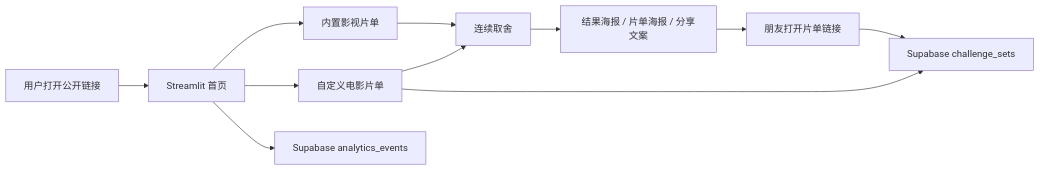
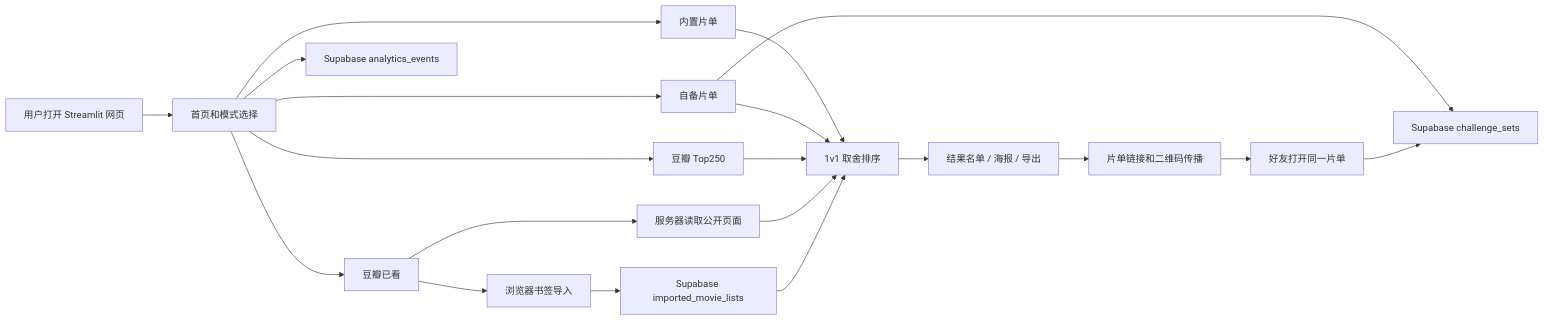
The diagram in README.md (Atirian-Chen/Sort_FilmsGame), drawn with Mermaid before and after one commit. The commit also changed other lines of this file and 2 other files, not shown here.

````diff
--- a/README.md
+++ b/README.md
@@ -68,13 +84,22 @@
 ```mermaid
 flowchart LR
-  A[用户打开公开链接] --> B[Streamlit 首页]
-  B --> C[内置影视片单]
-  B --> D[自定义电影片单]
-  C --> E[连续取舍]
-  D --> E
-  E --> F[结果海报 / 片单海报 / 分享文案]
-  F --> G[朋友打开片单链接]
-  B --> H[Supabase analytics_events]
-  D --> I[Supabase challenge_sets]
+  A["用户打开 Streamlit 网页"] --> B["首页和模式选择"]
+  B --> C["内置片单"]
+  B --> D["自备片单"]
+  B --> E["豆瓣 Top250"]
+  B --> F["豆瓣已看"]
+  F --> G["服务器读取公开页面"]
+  F --> H["浏览器书签导入"]
+  C --> I["1v1 取舍排序"]
+  D --> I
+  E --> I
   G --> I
+  H --> J["Supabase imported_movie_lists"]
+  J --> I
+  I --> K["结果名单 / 海报 / 导出"]
+  K --> L["片单链接和二维码传播"]
+  L --> M["好友打开同一片单"]
+  B --> N["Supabase analytics_events"]
+  D --> O["Supabase challenge_sets"]
+  M --> O
 ```
````
